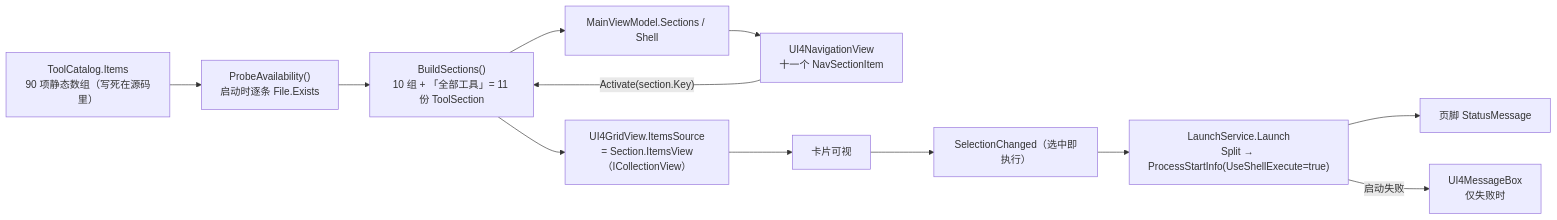
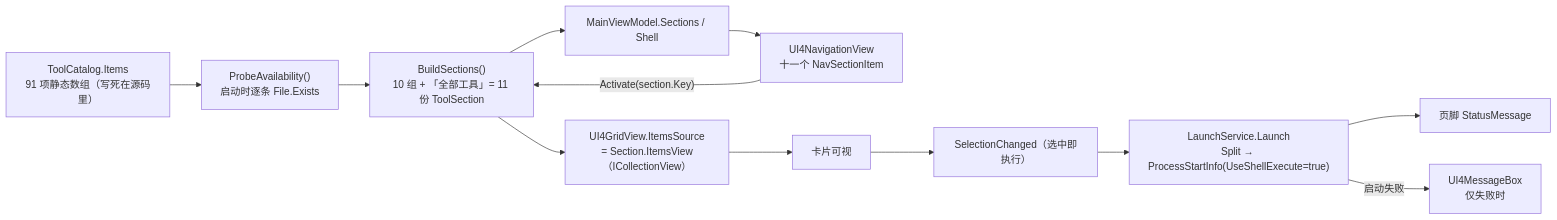
The third of 12 diagrams in WPF_dotnet10/示例项目3（Windows快捷工具面板）/QuickPanel/README.md (MagicFollower/winapp_webapp_skills), drawn with Mermaid before and after one commit. The commit also changed other lines of this file and 172 other files, not shown here.

````diff
--- a/WPF_dotnet10/示例项目3（Windows快捷工具面板）/QuickPanel/README.md
+++ b/WPF_dotnet10/示例项目3（Windows快捷工具面板）/QuickPanel/README.md
@@ -210,20 +210,20 @@
 ```mermaid
 flowchart LR
-    SRC["ToolCatalog.Items<br/>90 项静态数组（写死在源码里）"]
+    SRC["ToolCatalog.Items<br/>91 项静态数组（写死在源码里）"]
     PROBE["ProbeAvailability()<br/>启动时逐条 File.Exists"]
     SEC["BuildSections()<br/>10 组 + 「全部工具」= 11 份 ToolSection"]
     VM["MainViewModel.Sections / Shell"]
     NAV["UI4NavigationView<br/>十一个 NavSectionItem"]
     GRID["UI4GridView.ItemsSource<br/>= Section.ItemsView（ICollectionView）"]
     CARD["卡片可视"]
     CLICK["SelectionChanged（选中即执行）"]
     LS["LaunchService.Launch<br/>Split → ProcessStartInfo(UseShellExecute=true)"]
     FOOT["页脚 StatusMessage"]
     ERR["UI4MessageBox<br/>仅失败时"]
 
     SRC --> PROBE --> SEC --> VM --> NAV
     SEC --> GRID --> CARD --> CLICK --> LS
     LS --> FOOT
     LS -->|"启动失败"| ERR
     NAV-->|"Activate(section.Key)"| SEC
 ```
````
